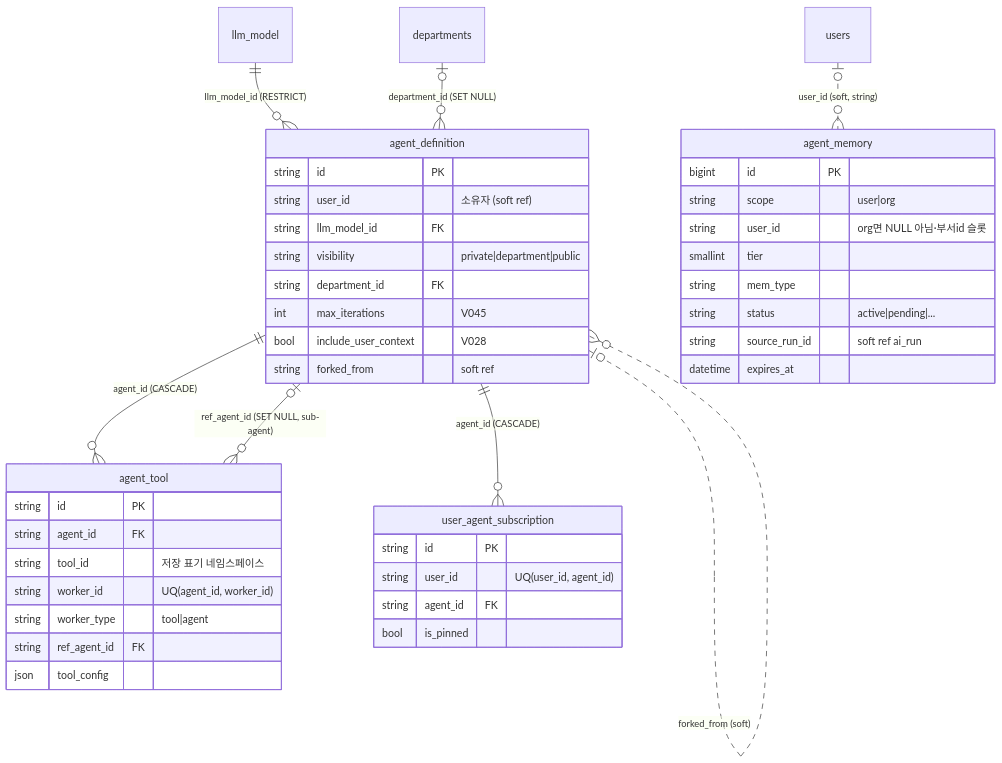
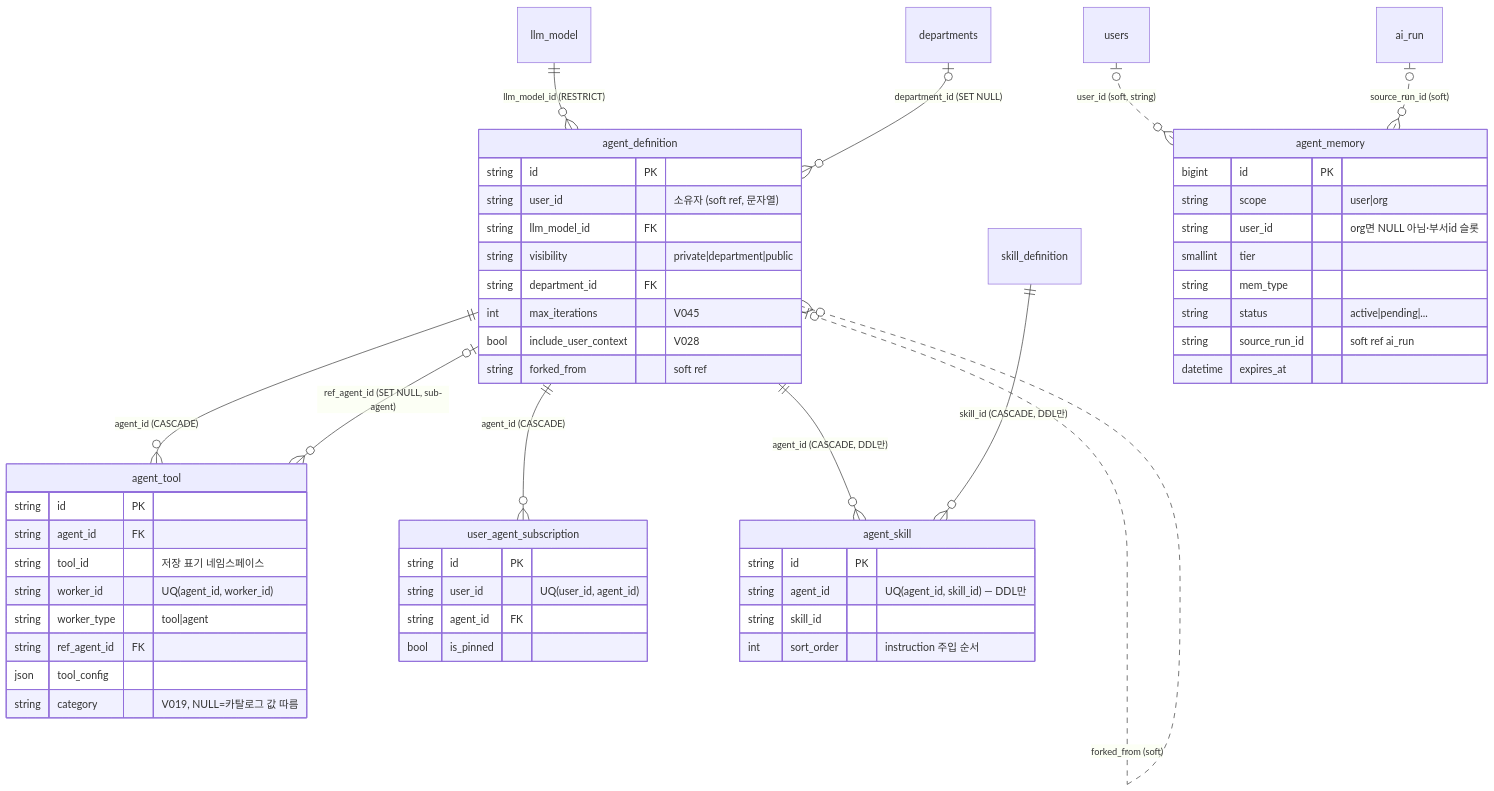
One commit to sangkyu-bae/agent changed the diagram in docs/wiki/backend/db/erd-agent.md. Above: the diagram before and after it, drawn with Mermaid. The commit also changed other lines of this file and 33 other files, not shown here.

First line of the commit message:
docs(wiki): 2026-10 사이클 반영 + 미니 ERD 6종 신설 + draft 전량 승인

````diff
--- a/docs/wiki/backend/db/erd-agent.md
+++ b/docs/wiki/backend/db/erd-agent.md
@@ -19,46 +28,56 @@
 ```mermaid
 erDiagram
     llm_model ||--o{ agent_definition : "llm_model_id (RESTRICT)"
     departments |o--o{ agent_definition : "department_id (SET NULL)"
     agent_definition ||--o{ agent_tool : "agent_id (CASCADE)"
     agent_definition |o--o{ agent_tool : "ref_agent_id (SET NULL, sub-agent)"
     agent_definition ||--o{ user_agent_subscription : "agent_id (CASCADE)"
+    agent_definition ||--o{ agent_skill : "agent_id (CASCADE, DDL만)"
+    skill_definition ||--o{ agent_skill : "skill_id (CASCADE, DDL만)"
     agent_definition |o..o{ agent_definition : "forked_from (soft)"
     users |o..o{ agent_memory : "user_id (soft, string)"
+    ai_run |o..o{ agent_memory : "source_run_id (soft)"
 
     agent_definition {
         string id PK
-        string user_id "소유자 (soft ref)"
+        string user_id "소유자 (soft ref, 문자열)"
         string llm_model_id FK
         string visibility "private|department|public"
         string department_id FK
         int max_iterations "V045"
         bool include_user_context "V028"
         string forked_from "soft ref"
     }
     agent_tool {
         string id PK
         string agent_id FK
         string tool_id "저장 표기 네임스페이스"
         string worker_id "UQ(agent_id, worker_id)"
         string worker_type "tool|agent"
         string ref_agent_id FK
         json tool_config
+        string category "V019, NULL=카탈로그 값 따름"
     }
     user_agent_subscription {
         string id PK
         string user_id "UQ(user_id, agent_id)"
         string agent_id FK
         bool is_pinned
+    }
+    agent_skill {
+        string id PK
+        string agent_id "UQ(agent_id, skill_id) — DDL만"
+        string skill_id
+        int sort_order "instruction 주입 순서"
     }
     agent_memory {
         bigint id PK
         string scope "user|org"
         string user_id "org면 NULL 아님·부서id 슬롯"
         smallint tier
         string mem_type
         string status "active|pending|..."
         string source_run_id "soft ref ai_run"
         datetime expires_at
     }
 ```
````
